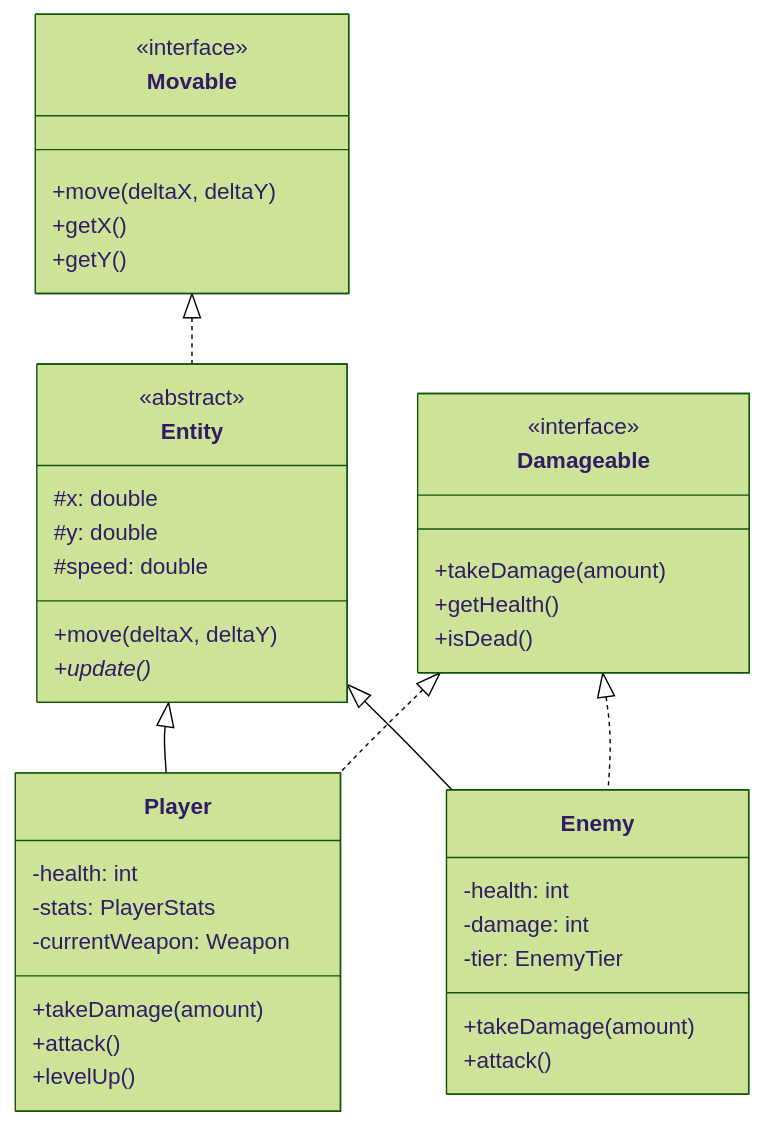
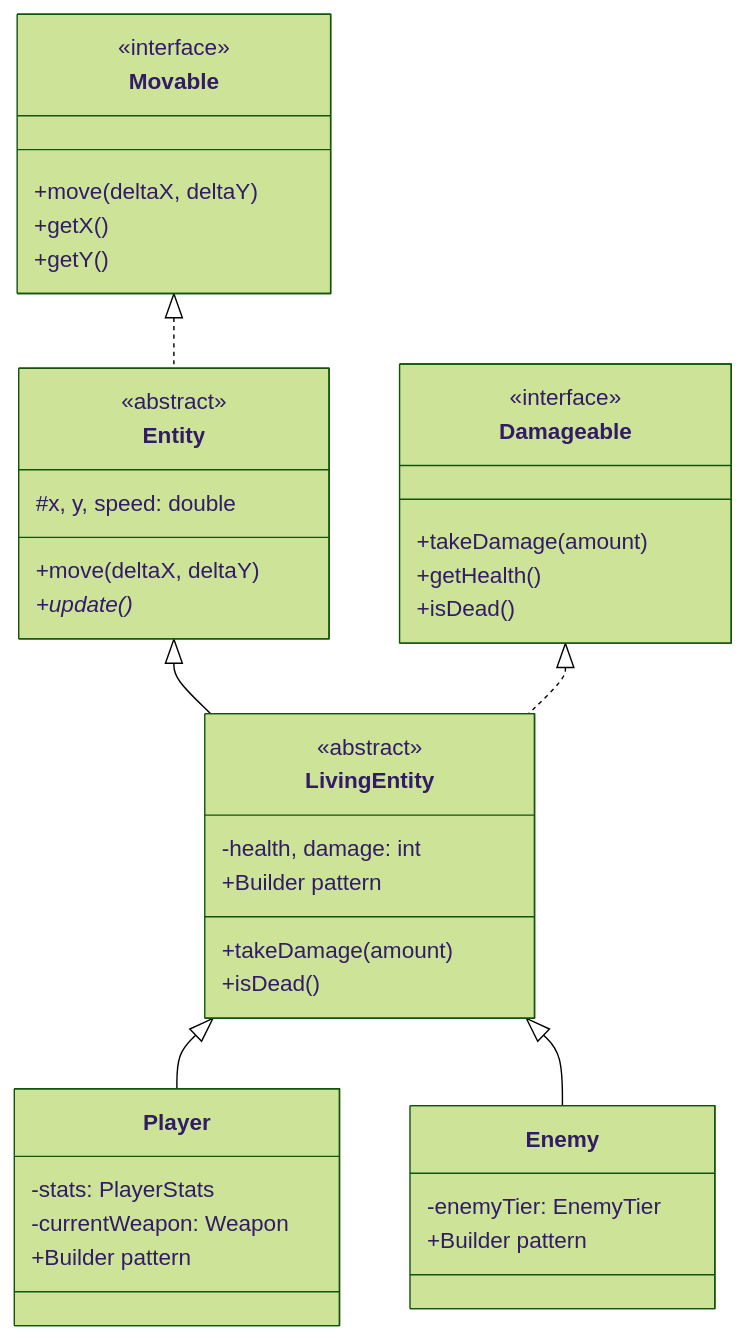
One commit to qeewpi/java-survivors-prototype changed the diagram in docs/DESIGN.md. Above: the diagram before and after it, drawn with Mermaid (forest theme). The commit also changed other lines of this file and 1 other file, not shown here.

Commit message:
docs: sync with Phase 1 completion and Builder pattern

````diff
--- a/docs/DESIGN.md
+++ b/docs/DESIGN.md
@@ -77,48 +62,48 @@
 ```mermaid
 classDiagram
     class Movable {
         <<interface>>
         +move(deltaX, deltaY)
         +getX()
         +getY()
     }
     
     class Damageable {
         <<interface>>
         +takeDamage(amount)
         +getHealth()
         +isDead()
     }
     
     class Entity {
         <<abstract>>
-        #x: double
-        #y: double
-        #speed: double
+        #x, y, speed: double
         +move(deltaX, deltaY)
         +update()*
     }
     
+    class LivingEntity {
+        <<abstract>>
+        -health, damage: int
+        +takeDamage(amount)
+        +isDead()
+        +Builder pattern
+    }
+    
     class Player {
-        -health: int
         -stats: PlayerStats
         -currentWeapon: Weapon
-        +takeDamage(amount)
-        +attack()
-        +levelUp()
+        +Builder pattern
     }
     
     class Enemy {
-        -health: int
-        -damage: int
-        -tier: EnemyTier
-        +takeDamage(amount)
-        +attack()
+        -enemyTier: EnemyTier
+        +Builder pattern
     }
     
     Movable <|.. Entity
-    Entity <|-- Player
-    Entity <|-- Enemy
-    Damageable <|.. Player
-    Damageable <|.. Enemy
+    Entity <|-- LivingEntity
+    Damageable <|.. LivingEntity
+    LivingEntity <|-- Player
+    LivingEntity <|-- Enemy
 ```
````
